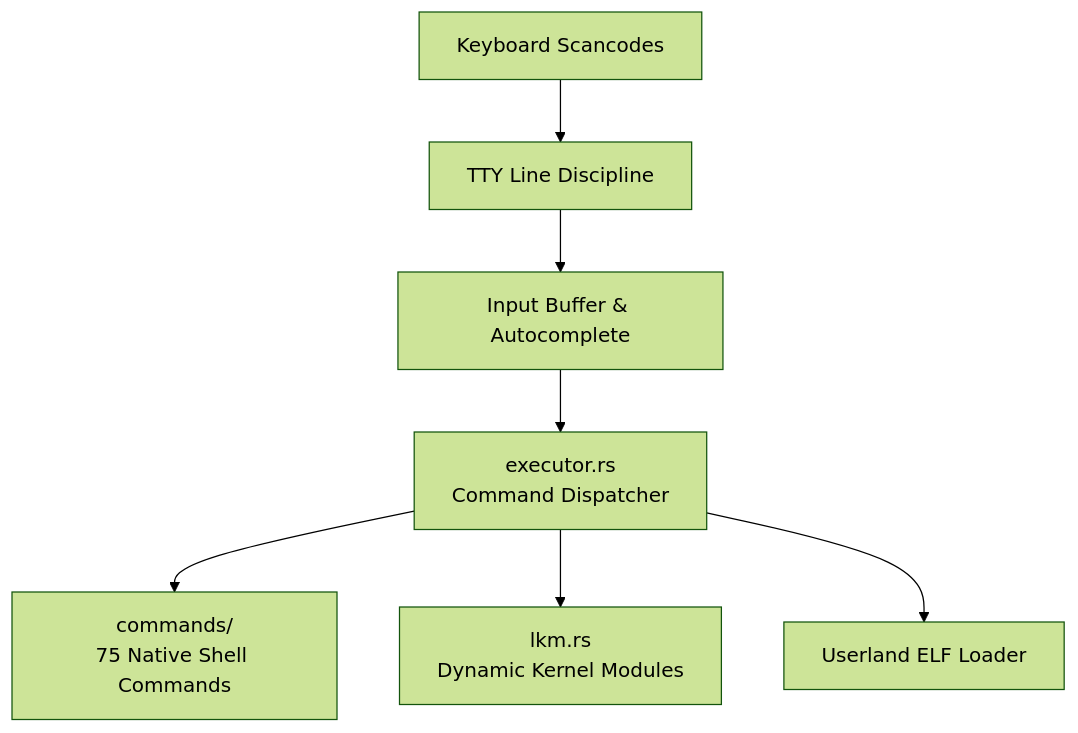
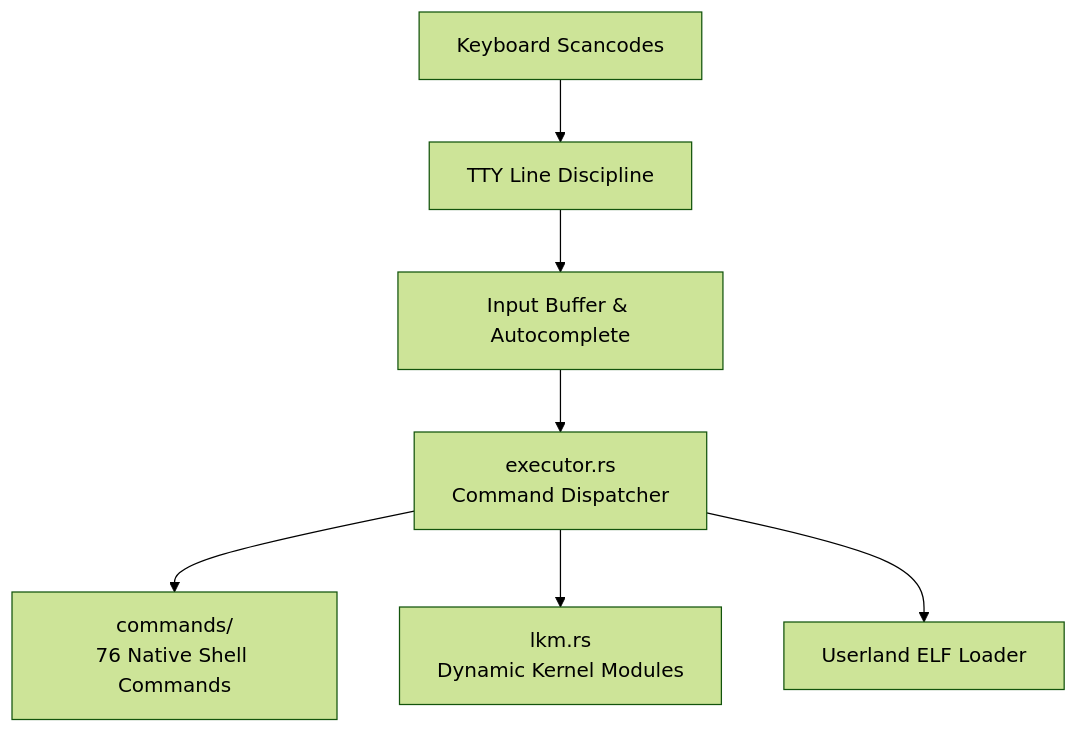
Before and after one commit to mrvlous/keira: the diagram in docs/shell/README.md, drawn with Mermaid (forest theme). The commit also changed other lines of this file and 8 other files, not shown here.

````diff
--- a/docs/shell/README.md
+++ b/docs/shell/README.md
@@ -11,9 +11,9 @@
 ```mermaid
 graph TD
     Input["Keyboard Scancodes"] --> LineDisc["TTY Line Discipline"]
     LineDisc --> Buffer["Input Buffer & Autocomplete"]
     Buffer --> Exec["executor.rs<br/>Command Dispatcher"]
-    Exec --> Cmds["commands/<br/>75 Native Shell Commands"]
+    Exec --> Cmds["commands/<br/>76 Native Shell Commands"]
     Exec --> LKM["lkm.rs<br/>Dynamic Kernel Modules"]
     Exec --> ELF["Userland ELF Loader"]
 ```
````
